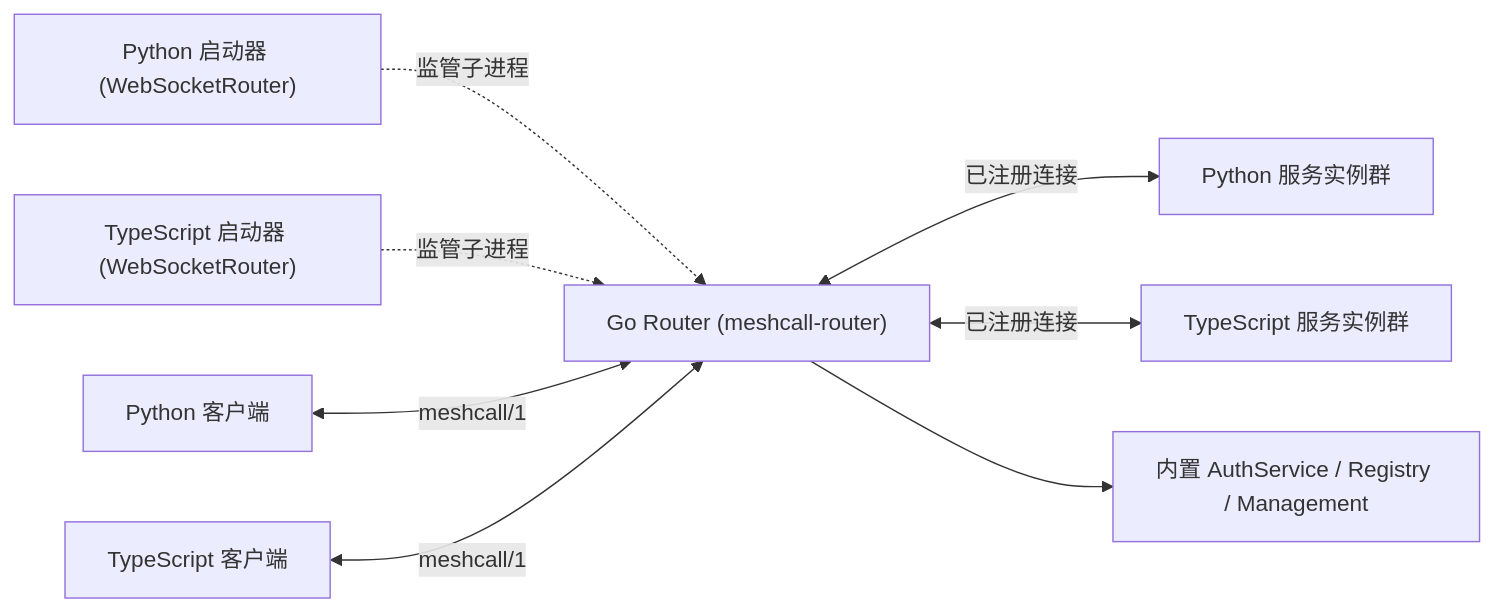
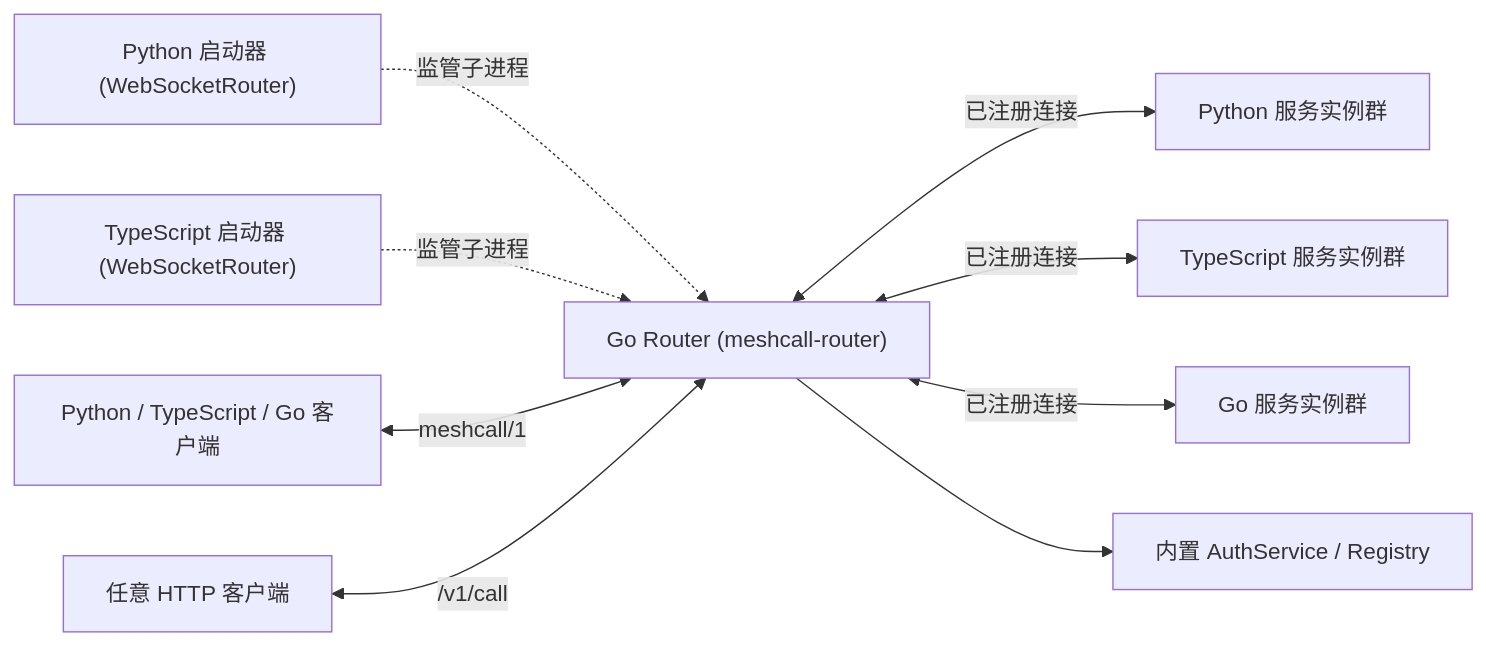
One commit to t4wefan/meshcall changed the diagram in docs/zh-CN/router.md. Above: the diagram before and after it, drawn with Mermaid. The commit also changed other lines of this file and 21 other files, not shown here.

````diff
--- a/docs/zh-CN/router.md
+++ b/docs/zh-CN/router.md
@@ -7,10 +7,11 @@
 ```mermaid
 flowchart LR
   PL["Python 启动器 (WebSocketRouter)"] -. "监管子进程" .-> R["Go Router (meshcall-router)"]
   TL["TypeScript 启动器 (WebSocketRouter)"] -. "监管子进程" .-> R
-  PC["Python 客户端"] <-->|"meshcall/1"| R
-  TC["TypeScript 客户端"] <-->|"meshcall/1"| R
+  PC["Python / TypeScript / Go 客户端"] <-->|"meshcall/1"| R
+  H["任意 HTTP 客户端"] <-->|"/v1/call"| R
   R <-->|"已注册连接"| PS["Python 服务实例群"]
   R <-->|"已注册连接"| TS["TypeScript 服务实例群"]
-  R --> A["内置 AuthService / Registry / Management"]
+  R <-->|"已注册连接"| GS["Go 服务实例群"]
+  R --> A["内置 AuthService / Registry"]
 ```
````
